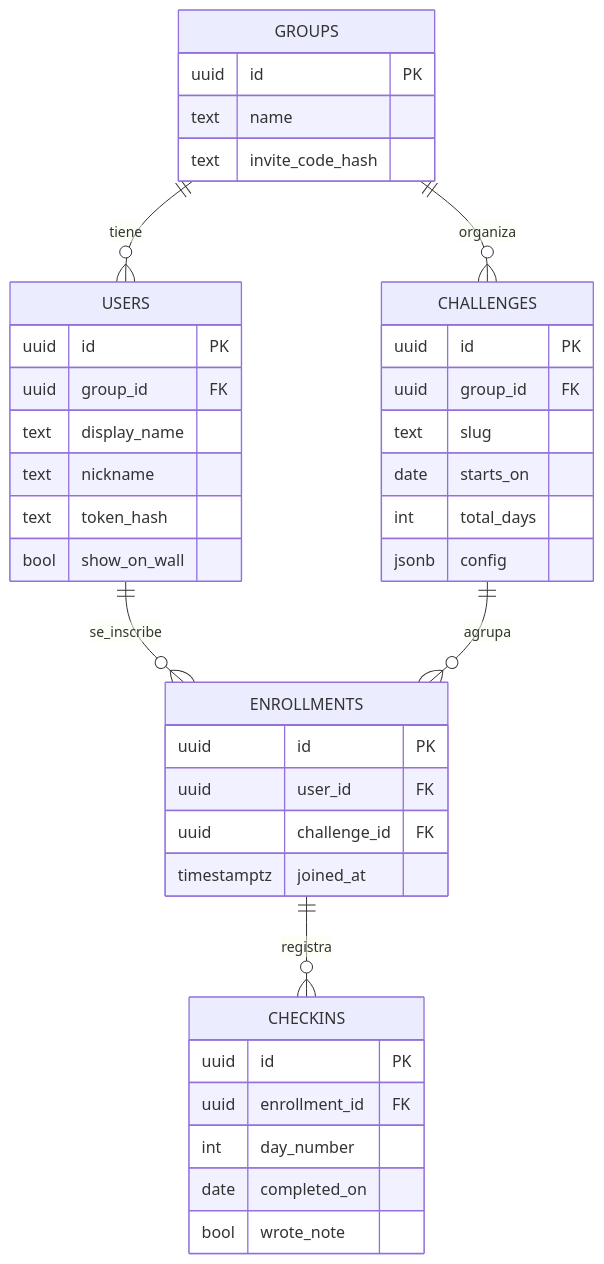
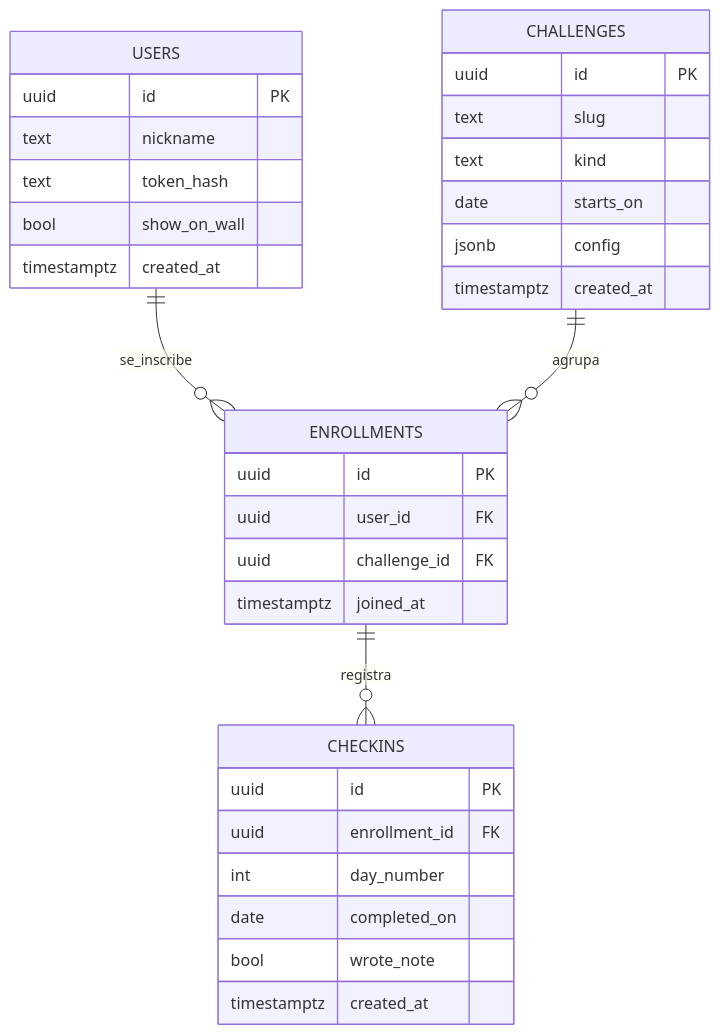
Before and after one commit to Nico258/web-deepflow: the diagram in docs/specs/04-base-de-datos.md, drawn with Mermaid. The commit also changed other lines of this file and 6 other files, not shown here.

````diff
--- a/docs/specs/04-base-de-datos.md
+++ b/docs/specs/04-base-de-datos.md
@@ -21,43 +24,36 @@
 ```mermaid
 erDiagram
-  GROUPS ||--o{ USERS : tiene
-  GROUPS ||--o{ CHALLENGES : organiza
   USERS ||--o{ ENROLLMENTS : se_inscribe
   CHALLENGES ||--o{ ENROLLMENTS : agrupa
   ENROLLMENTS ||--o{ CHECKINS : registra
 
-  GROUPS {
-    uuid id PK
-    text name
-    text invite_code_hash
-  }
   USERS {
     uuid id PK
-    uuid group_id FK
-    text display_name
     text nickname
     text token_hash
     bool show_on_wall
+    timestamptz created_at
   }
   CHALLENGES {
     uuid id PK
-    uuid group_id FK
     text slug
+    text kind
     date starts_on
-    int total_days
     jsonb config
+    timestamptz created_at
   }
   ENROLLMENTS {
     uuid id PK
     uuid user_id FK
     uuid challenge_id FK
     timestamptz joined_at
   }
   CHECKINS {
     uuid id PK
     uuid enrollment_id FK
     int day_number
     date completed_on
     bool wrote_note
+    timestamptz created_at
   }
 ```
````
